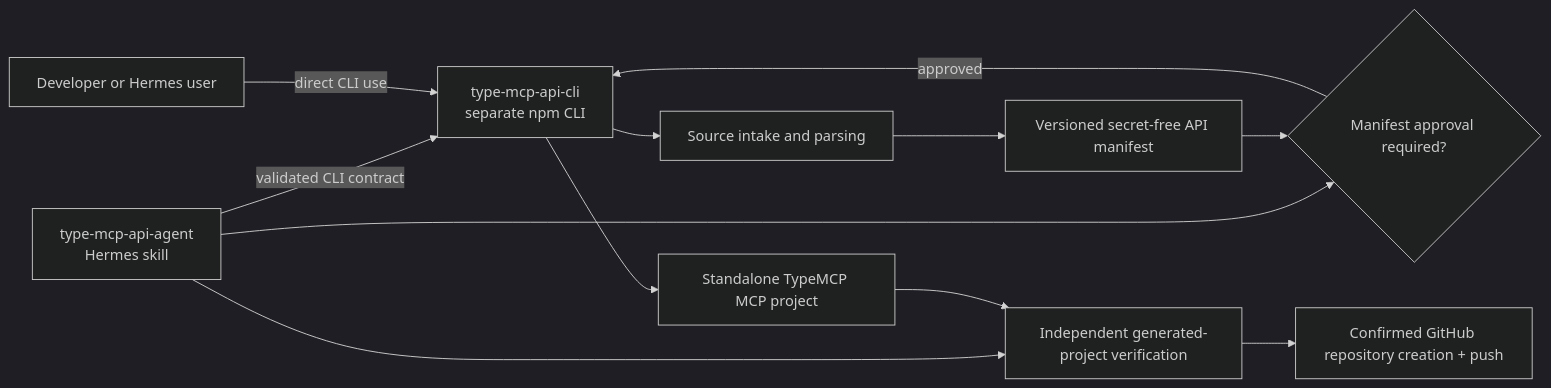
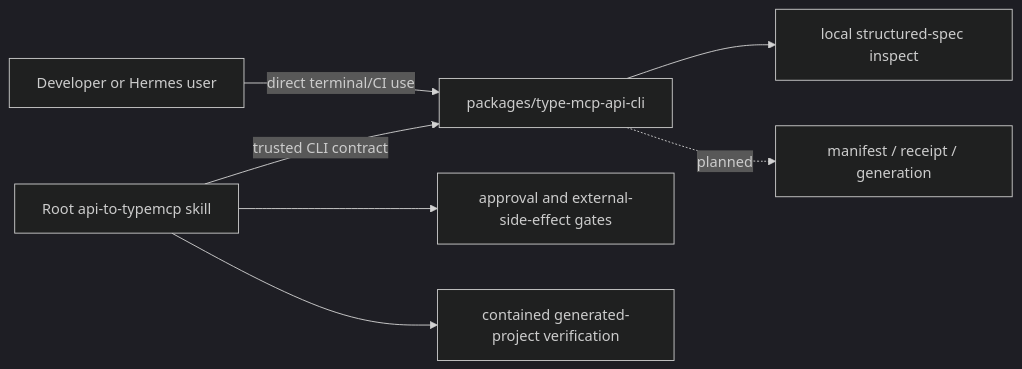
The diagram in docs/architecture/overview.md (Theorvane/type-mcp-api-agent-skill), drawn with Mermaid (dark theme) before and after one commit. The commit also changed other lines of this file and 40 other files, not shown here.

Commit message:
feat: unify CLI package with skill workspace

````diff
--- a/docs/architecture/overview.md
+++ b/docs/architecture/overview.md
@@ -7,15 +7,10 @@
 ```mermaid
 flowchart LR
   User[Developer or Hermes user]
-  Skill[type-mcp-api-agent\nHermes skill] -->|validated CLI contract| CLI[type-mcp-api-cli\nseparate npm CLI]
-  User -->|direct CLI use| CLI
-  CLI --> Intake[Source intake and parsing]
-  Intake --> Manifest[Versioned secret-free API manifest]
-  Skill --> Approval{Manifest approval required?}
-  Manifest --> Approval
-  Approval -->|approved| CLI
-  CLI --> Output[Standalone TypeMCP MCP project]
-  Skill --> Verify[Independent generated-project verification]
-  Output --> Verify
-  Verify --> Publish[Confirmed GitHub repository creation + push]
+  Skill[Root api-to-typemcp skill] -->|trusted CLI contract| CLI[packages/type-mcp-api-cli]
+  User -->|direct terminal/CI use| CLI
+  CLI --> Inspect[local structured-spec inspect]
+  CLI -. planned .-> Manifest[manifest / receipt / generation]
+  Skill --> Approval[approval and external-side-effect gates]
+  Skill --> Verify[contained generated-project verification]
 ```
````
